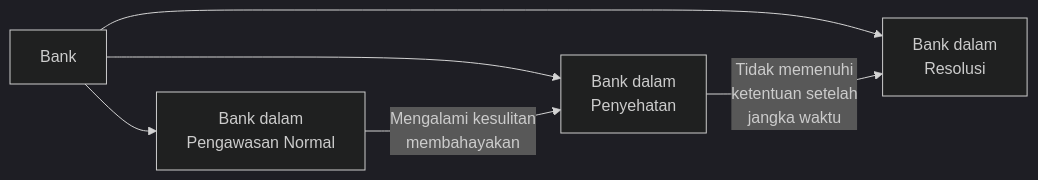
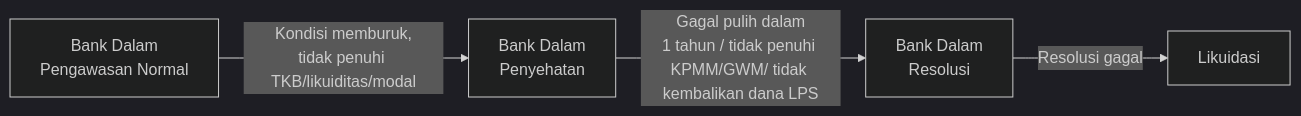
Before and after one commit to hifdzimaulana/beate-vivere: the eighth of 10 diagrams in content/Lectures/perbankan-uas.md, drawn with Mermaid (dark theme). The commit also changed other lines of this file, not shown here.

````diff
--- a/content/Lectures/perbankan-uas.md
+++ b/content/Lectures/perbankan-uas.md
@@ -1495,8 +1563,6 @@
 ```mermaid
 graph LR
-    A["Bank"] --> B["Bank dalam<br>Pengawasan Normal"]
-    A --> C["Bank dalam<br>Penyehatan"]
-    A --> D["Bank dalam<br>Resolusi"]
-    B -->|Mengalami kesulitan<br>membahayakan| C
-    C -->|Tidak memenuhi<br>ketentuan setelah<br>jangka waktu| D
+    A["Bank Dalam</br>Pengawasan Normal"] -->|Kondisi memburuk,</br>tidak penuhi TKB/likuiditas/modal| B["Bank Dalam</br>Penyehatan"]
+    B -->|Gagal pulih dalam</br>1 tahun / tidak penuhi KPMM/GWM/ tidak kembalikan dana LPS| C["Bank Dalam</br>Resolusi"]
+    C -->|Resolusi gagal| D["Likuidasi"]
 ```
````
